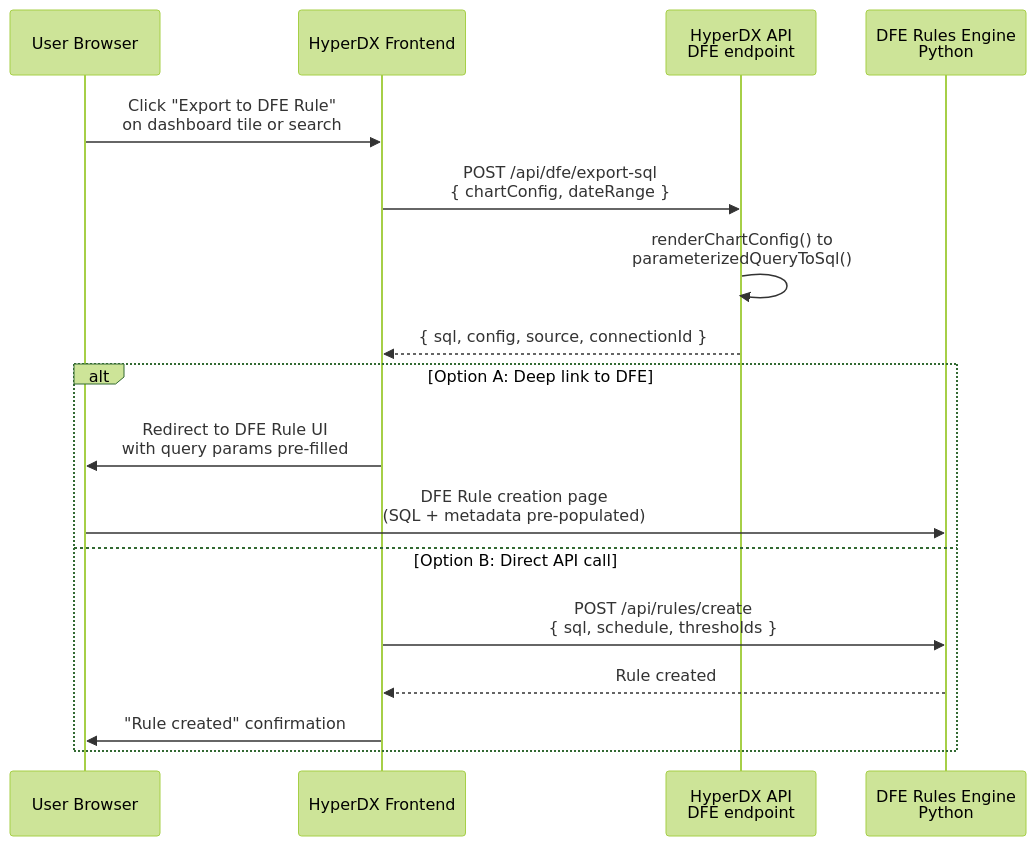
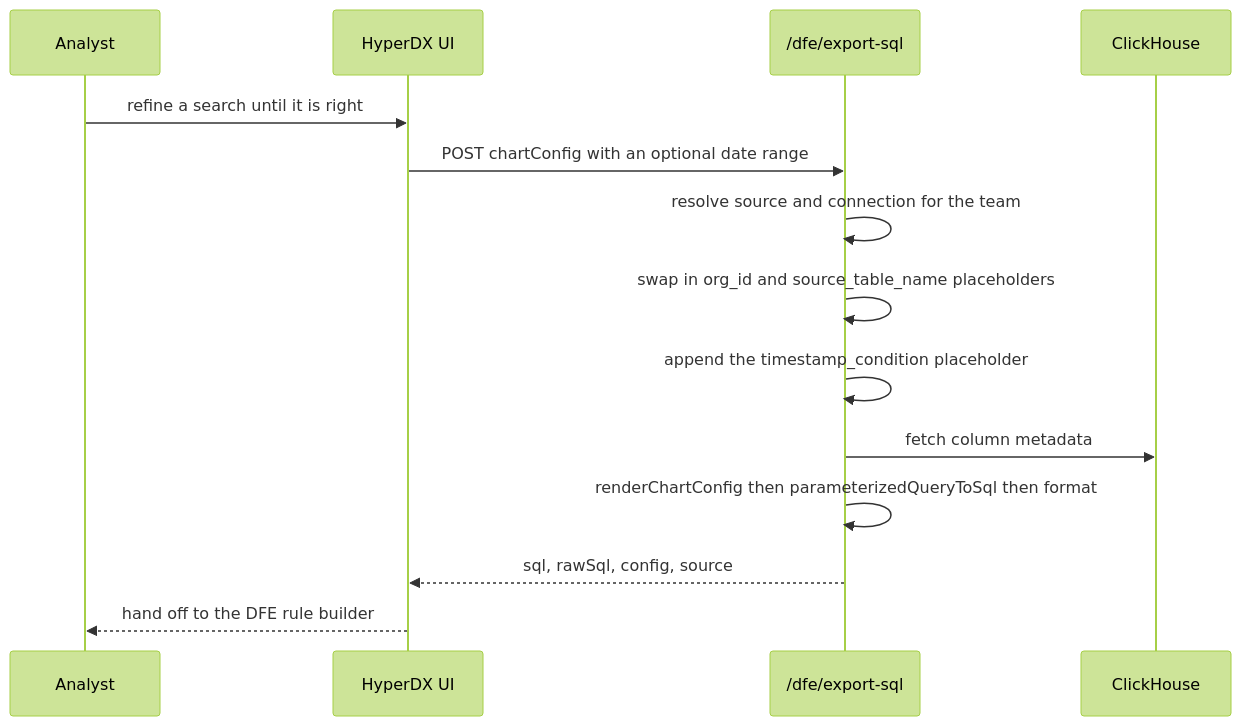
The diagram in docs/architecture/query-to-rule-pipeline.md (hyperi-io/dfe-hyperdx), drawn with Mermaid (forest theme) before and after one commit. The commit also changed other lines of this file and 6 other files, not shown here.

First line of the commit message:
docs: rewrite the architecture pages against the code

````diff
--- a/docs/architecture/query-to-rule-pipeline.md
+++ b/docs/architecture/query-to-rule-pipeline.md
@@ -185,21 +14,17 @@
 ```mermaid
 sequenceDiagram
-    participant User as User Browser
-    participant HDX as HyperDX Frontend
-    participant API as HyperDX API<br/>DFE endpoint
-    participant DFE as DFE Rules Engine<br/>Python
+    participant User as Analyst
+    participant App as HyperDX UI
+    participant API as /dfe/export-sql
+    participant CH as ClickHouse
 
-    User->>HDX: Click "Export to DFE Rule"<br/>on dashboard tile or search
-    HDX->>API: POST /api/dfe/export-sql<br/>{ chartConfig, dateRange }
-    API->>API: renderChartConfig()  to <br/>parameterizedQueryToSql()
-    API-->>HDX: { sql, config, source, connectionId }
-
-    alt Option A: Deep link to DFE
-        HDX->>User: Redirect to DFE Rule UI<br/>with query params pre-filled
-        User->>DFE: DFE Rule creation page<br/>(SQL + metadata pre-populated)
-    else Option B: Direct API call
-        HDX->>DFE: POST /api/rules/create<br/>{ sql, schedule, thresholds }
-        DFE-->>HDX: Rule created
-        HDX->>User: "Rule created" confirmation
-    end
+    User->>App: refine a search until it is right
+    App->>API: POST chartConfig with an optional date range
+    API->>API: resolve source and connection for the team
+    API->>API: swap in org_id and source_table_name placeholders
+    API->>API: append the timestamp_condition placeholder
+    API->>CH: fetch column metadata
+    API->>API: renderChartConfig then parameterizedQueryToSql then format
+    API-->>App: sql, rawSql, config, source
+    App-->>User: hand off to the DFE rule builder
 ```
````
